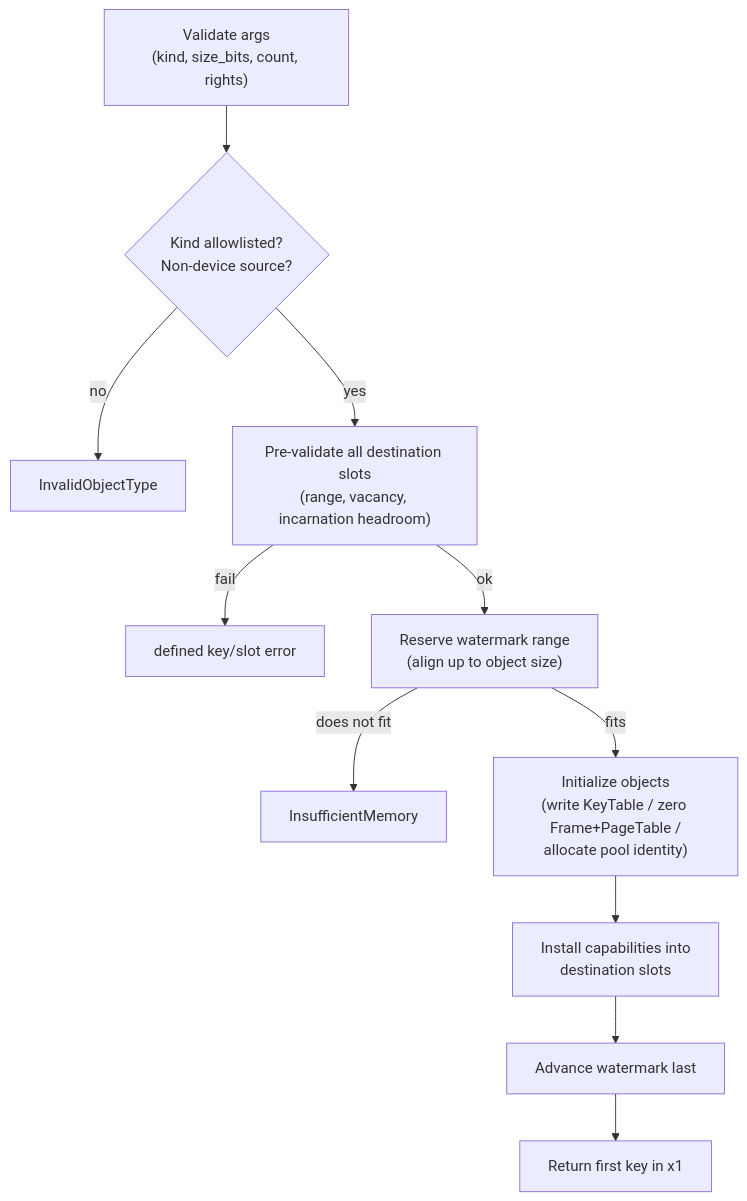
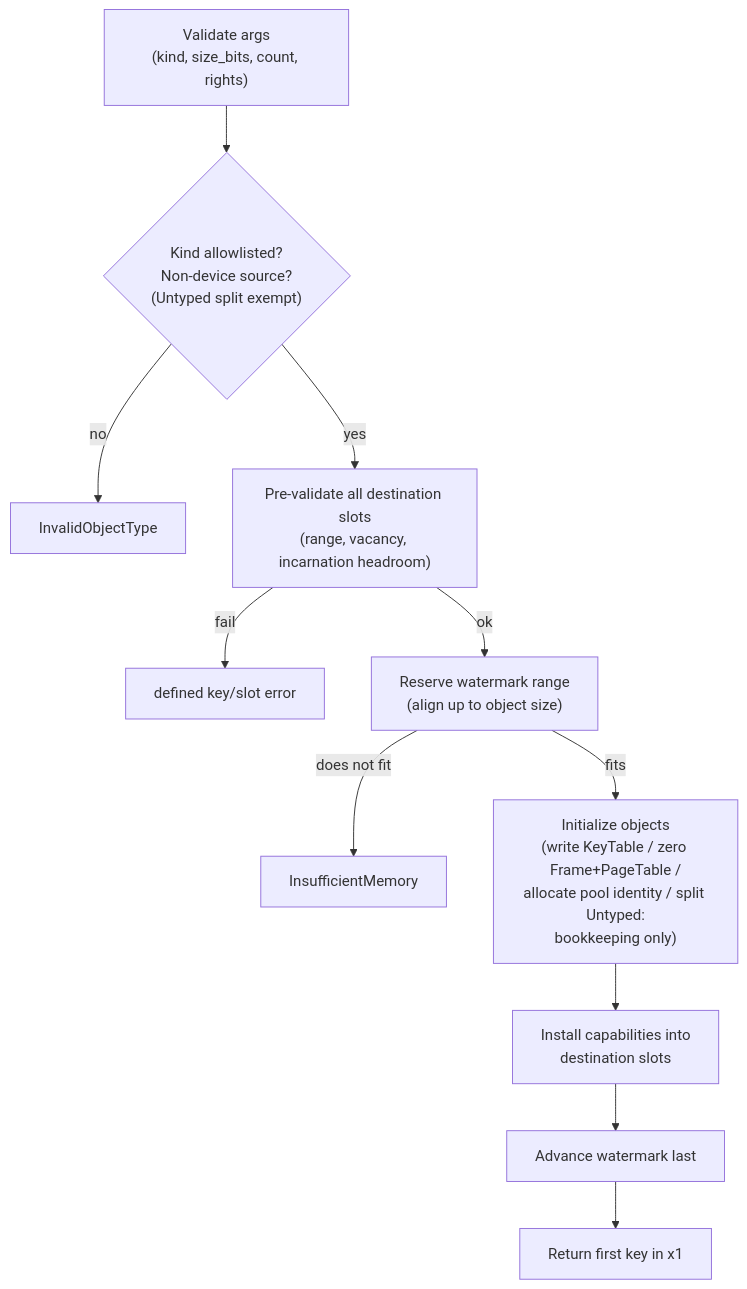
Before and after one commit to metta-systems/vesper: the diagram in doc/object_types/core/untyped.md, drawn with Mermaid. The commit also changed other lines of this file and 7 other files, not shown here.

````diff
--- a/doc/object_types/core/untyped.md
+++ b/doc/object_types/core/untyped.md
@@ -54,13 +56,13 @@
 ```mermaid
 flowchart TD
-    A["Validate args<br/>(kind, size_bits, count, rights)"] --> B{"Kind allowlisted?<br/>Non-device source?"}
+    A["Validate args<br/>(kind, size_bits, count, rights)"] --> B{"Kind allowlisted?<br/>Non-device source?<br/>(Untyped split exempt)"}
     B -- "no" --> E1["InvalidObjectType"]
     B -- "yes" --> C["Pre-validate all destination slots<br/>(range, vacancy, incarnation headroom)"]
     C -- "fail" --> E2["defined key/slot error"]
     C -- "ok" --> D["Reserve watermark range<br/>(align up to object size)"]
     D -- "does not fit" --> E3["InsufficientMemory"]
-    D -- "fits" --> F["Initialize objects<br/>(write KeyTable / zero Frame+PageTable /<br/>allocate pool identity)"]
+    D -- "fits" --> F["Initialize objects<br/>(write KeyTable / zero Frame+PageTable /<br/>allocate pool identity / split Untyped:<br/>bookkeeping only)"]
     F --> G["Install capabilities into<br/>destination slots"]
     G --> H["Advance watermark last"]
     H --> OK["Return first key in x1"]
 ```
````
